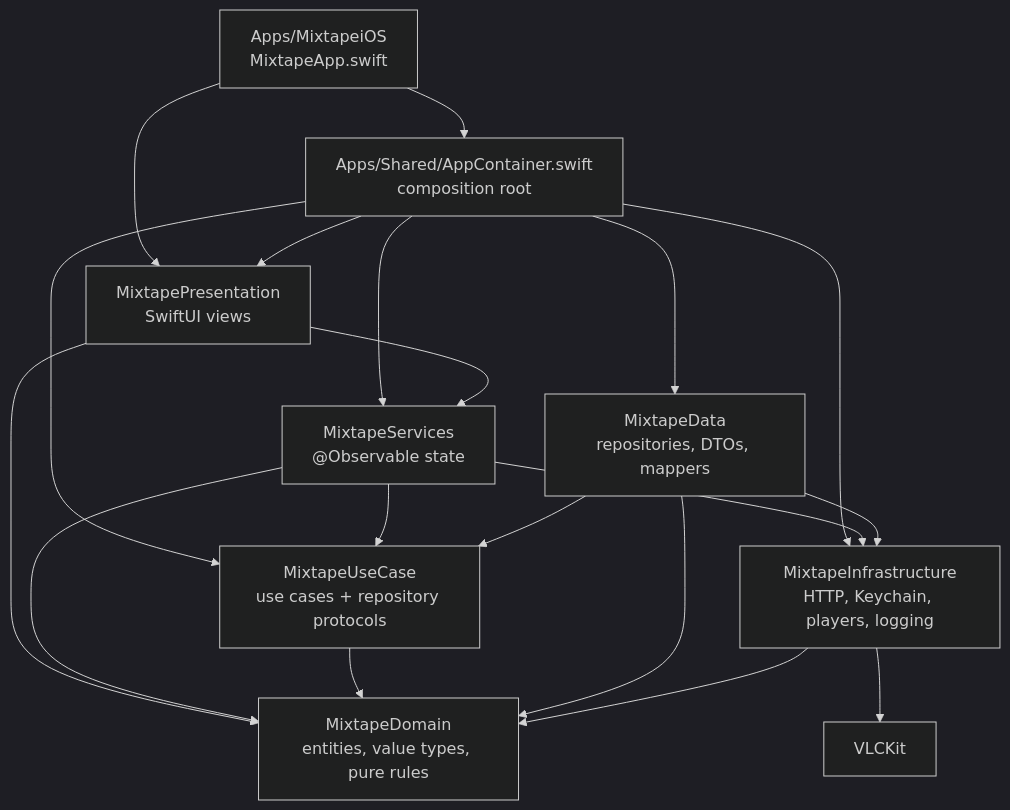
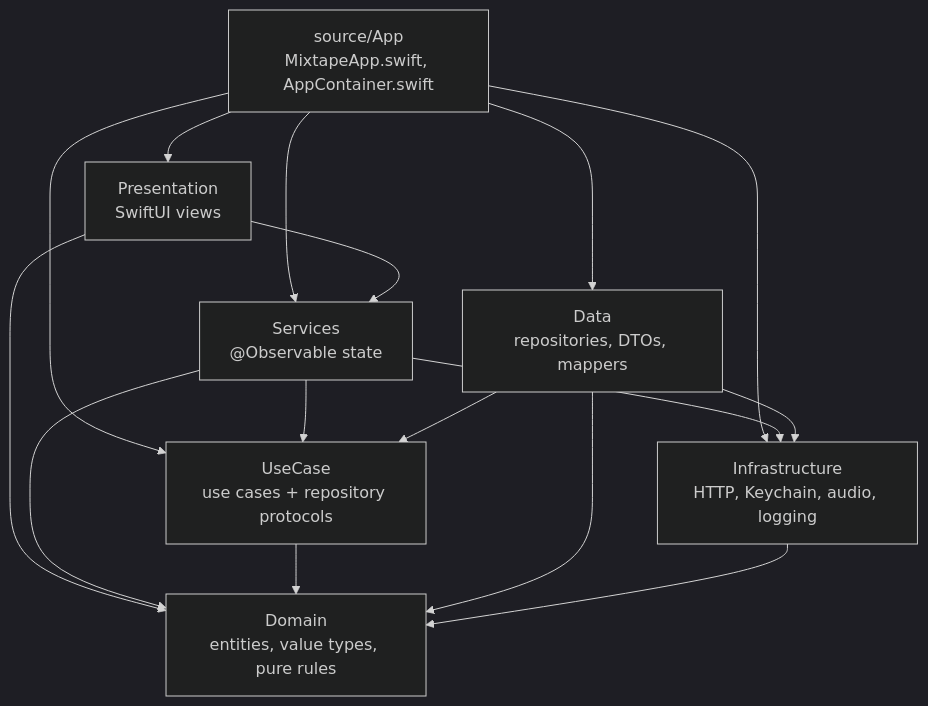
One commit to jamielesouef/mix-tape changed the first of 2 diagrams in docs/architecture/ios-architecture.md. Above: the diagram before and after it, drawn with Mermaid (dark theme). The commit also changed other lines of this file and 608 other files, not shown here.

````diff
--- a/docs/architecture/ios-architecture.md
+++ b/docs/architecture/ios-architecture.md
@@ -74,31 +72,26 @@
 ```mermaid
 graph TD
-    App["Apps/MixtapeiOS<br/>MixtapeApp.swift"]
-    Root["Apps/Shared/AppContainer.swift<br/>composition root"]
-    P["MixtapePresentation<br/>SwiftUI views"]
-    S["MixtapeServices<br/>@Observable state"]
-    U["MixtapeUseCase<br/>use cases + repository protocols"]
-    D["MixtapeDomain<br/>entities, value types, pure rules"]
-    Data["MixtapeData<br/>repositories, DTOs, mappers"]
-    I["MixtapeInfrastructure<br/>HTTP, Keychain, players, logging"]
-    VLC["VLCKit"]
+    App["source/App<br/>MixtapeApp.swift, AppContainer.swift"]
+    P["Presentation<br/>SwiftUI views"]
+    S["Services<br/>@Observable state"]
+    U["UseCase<br/>use cases + repository protocols"]
+    D["Domain<br/>entities, value types, pure rules"]
+    Data["Data<br/>repositories, DTOs, mappers"]
+    I["Infrastructure<br/>HTTP, Keychain, audio, logging"]
 
     App --> P
-    App --> Root
-    Root --> P
-    Root --> S
-    Root --> Data
-    Root --> U
-    Root --> I
+    App --> S
+    App --> Data
+    App --> U
+    App --> I
     P --> S
     P --> D
     S --> U
     S --> D
     S --> I
     U --> D
     Data --> U
     Data --> D
     Data --> I
     I --> D
-    I --> VLC
 ```
````
